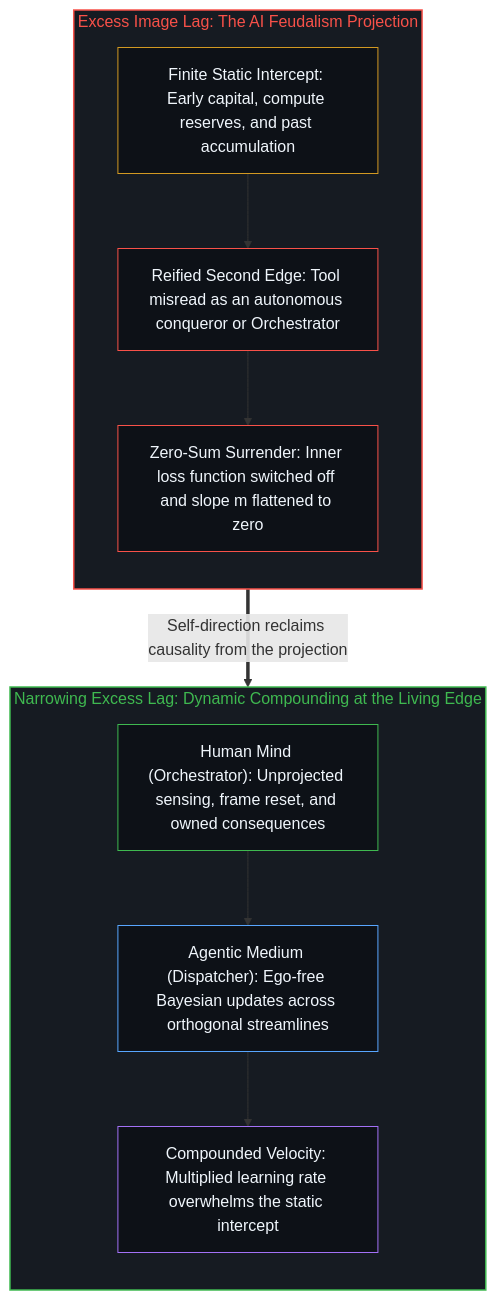
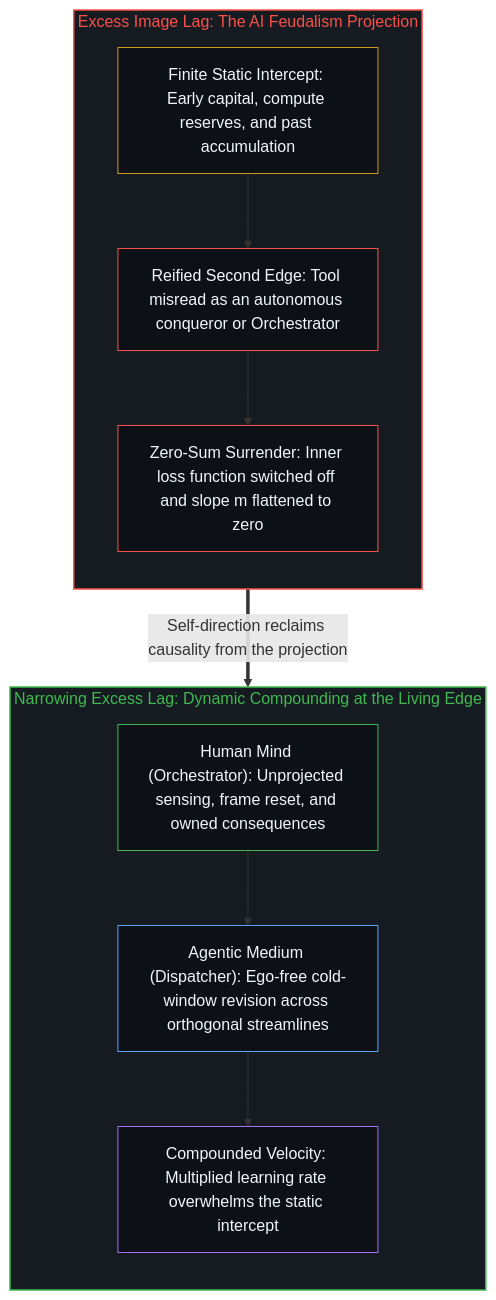
One commit to powerpig99/not-a-toe changed the second of 2 diagrams in content/posts/agency-compounding-and-the-argument-over-ai-feudalism.md. Above: the diagram before and after it, drawn with Mermaid. The commit also changed other lines of this file and 48 other files, not shown here.

````diff
--- a/content/posts/agency-compounding-and-the-argument-over-ai-feudalism.md
+++ b/content/posts/agency-compounding-and-the-argument-over-ai-feudalism.md
@@ -64,26 +64,26 @@
 ```mermaid
 flowchart TD
     subgraph S_Lag["Excess Image Lag: The AI Feudalism Projection"]
         direction TB
         I1["Finite Static Intercept: Early capital, compute reserves, and past accumulation"]
         I2["Reified Second Edge: Tool misread as an autonomous conqueror or Orchestrator"]
         I3["Zero-Sum Surrender: Inner loss function switched off and slope m flattened to zero"]
         I1 --> I2 --> I3
     end
     subgraph S_Rate["Narrowing Excess Lag: Dynamic Compounding at the Living Edge"]
         direction TB
         R1["Human Mind (Orchestrator): Unprojected sensing, frame reset, and owned consequences"]
-        R2["Agentic Medium (Dispatcher): Ego-free Bayesian updates across orthogonal streamlines"]
+        R2["Agentic Medium (Dispatcher): Ego-free cold-window revision across orthogonal streamlines"]
         R3["Compounded Velocity: Multiplied learning rate overwhelms the static intercept"]
         R1 --> R2 --> R3
     end
     I3 ==>|"Self-direction reclaims causality from the projection"| R1
     style S_Lag fill:#161b22,stroke:#f85149,stroke-width:1.5px,color:#f85149
     style S_Rate fill:#161b22,stroke:#3fb950,stroke-width:1.5px,color:#3fb950
     style I1 fill:#0d1117,stroke:#d29922,stroke-width:1px,color:#f0f6fc
     style I2 fill:#0d1117,stroke:#f85149,stroke-width:1px,color:#f0f6fc
     style I3 fill:#0d1117,stroke:#f85149,stroke-width:1px,color:#f0f6fc
     style R1 fill:#0d1117,stroke:#3fb950,stroke-width:1px,color:#f0f6fc
     style R2 fill:#0d1117,stroke:#58a6ff,stroke-width:1px,color:#f0f6fc
     style R3 fill:#0d1117,stroke:#a371f7,stroke-width:1px,color:#f0f6fc
 ```
````
